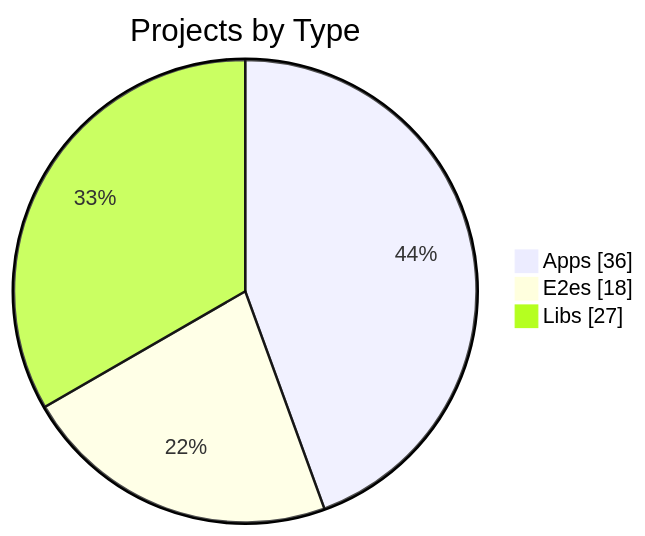
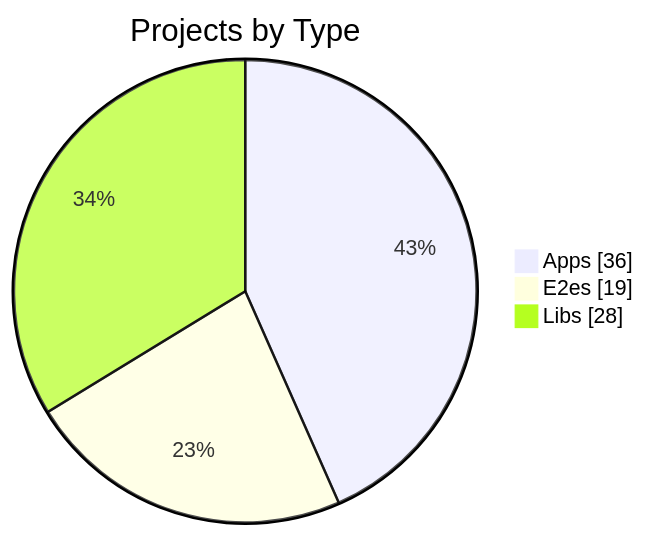
The first of 3 diagrams in apps/kbve/astro-kbve/src/content/docs/dashboard/graph.mdx (KBVE/kbve), drawn with Mermaid before and after one commit. The commit also changed other lines of this file and 8 other files, not shown here.

````diff
--- a/apps/kbve/astro-kbve/src/content/docs/dashboard/graph.mdx
+++ b/apps/kbve/astro-kbve/src/content/docs/dashboard/graph.mdx
@@ -56,7 +56,7 @@
 ```mermaid
 pie showData
     title Projects by Type
     "Apps" : 36
-    "E2es" : 18
-    "Libs" : 27
+    "E2es" : 19
+    "Libs" : 28
 ```
````
